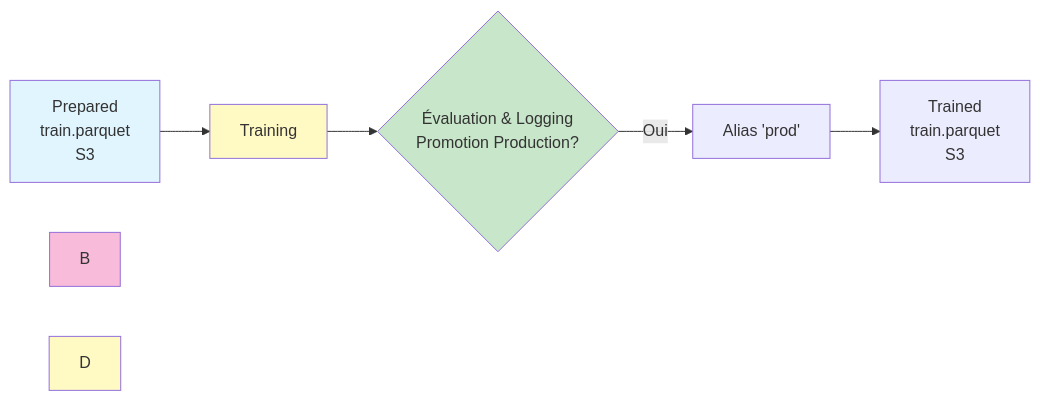
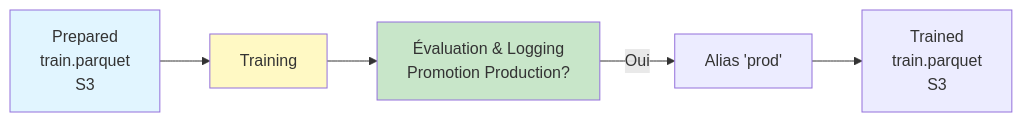
Before and after one commit to jinsudai/jinsudai: the first of 2 diagrams in Services/docsify/docs/training.md, drawn with Mermaid. The commit also changed other lines of this file and 15 other files, not shown here.

````diff
--- a/Services/docsify/docs/training.md
+++ b/Services/docsify/docs/training.md
@@ -9,13 +9,11 @@
 ```mermaid
 graph LR
     A[Prepared<br/>train.parquet<br/>S3] --> C[Training]
-    C --> E{Évaluation & Logging<br/>Promotion Production?}
+    C --> E[Évaluation & Logging<br/>Promotion Production?]
     E -->|Oui| F[Alias 'prod']
     F --> H[Trained<br/>train.parquet<br/>S3]
 
     style A fill:#e1f5ff
-    style B fill:#f8bbd9
     style C fill:#fff9c4
-    style D fill:#fff9c4
     style E fill:#c8e6c9
 ```
````
